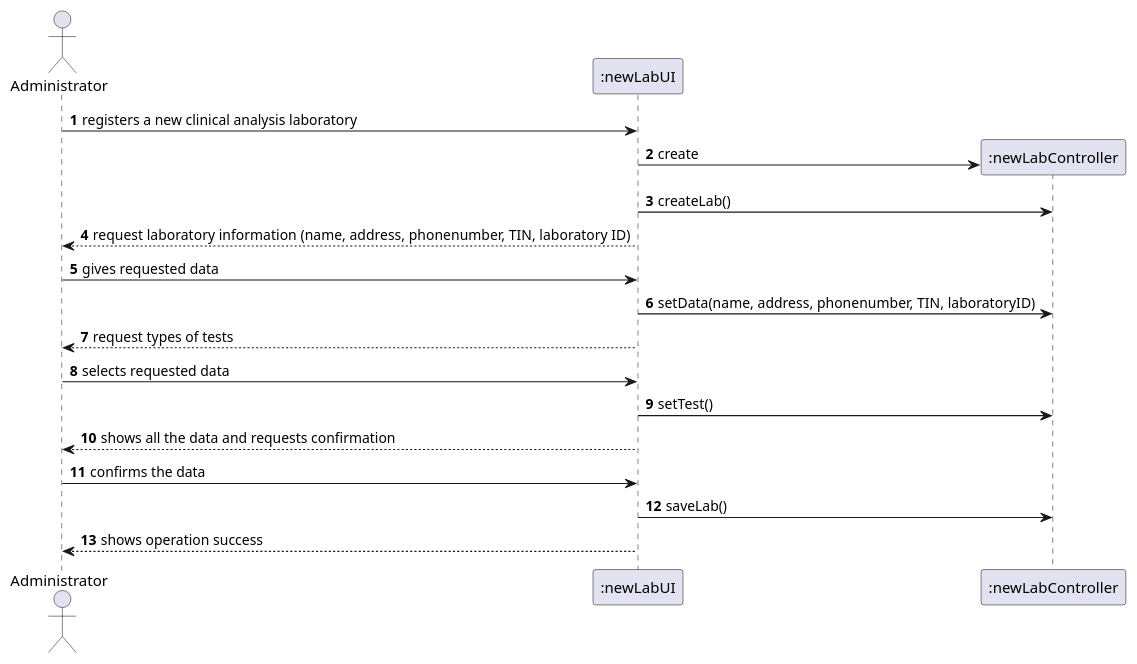
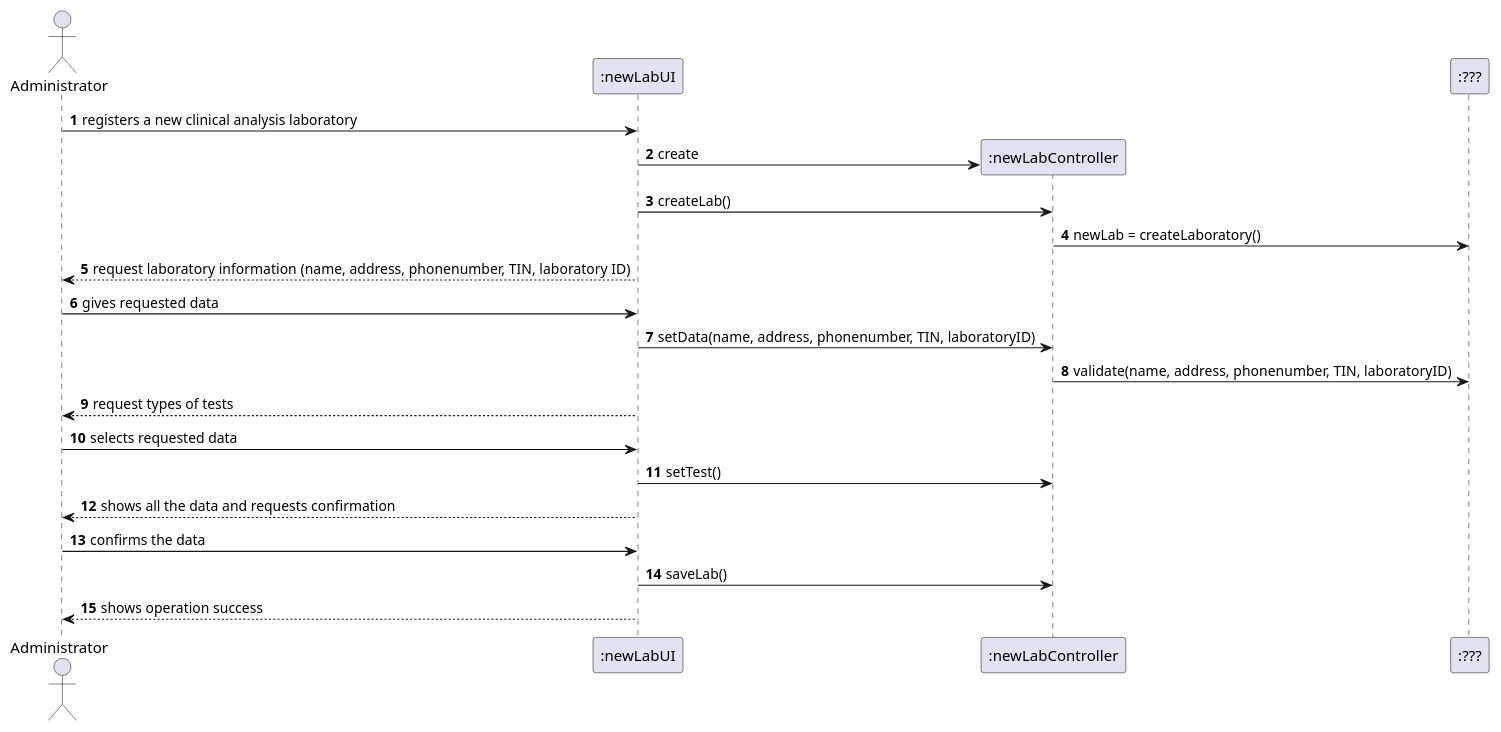
Before and after one commit to MadDinosaur/ISEP-LAPR2: the diagram in docs/SprintB/US8/US8_SD.puml, drawn with PlantUML. The commit also changed 1 other file, not shown here.

```diff
--- a/docs/SprintB/US8/US8_SD.puml
+++ b/docs/SprintB/US8/US8_SD.puml
@@ -1,22 +1,25 @@
 @startuml
 autonumber
 
 actor Administrator as admin
 participant ":newLabUI" as UI
 participant ":newLabController" as controller
+participant ":???" as validate
 
 admin -> UI : registers a new clinical analysis laboratory
 create controller
 UI -> controller : create
 UI -> controller : createLab()
+controller -> validate : newLab = createLaboratory()
 UI --> admin : request laboratory information (name, address, phonenumber, TIN, laboratory ID)
 admin -> UI : gives requested data
 UI -> controller : setData(name, address, phonenumber, TIN, laboratoryID)
+controller -> validate : validate(name, address, phonenumber, TIN, laboratoryID)
 UI --> admin : request types of tests
 admin -> UI : selects requested data
 UI -> controller : setTest()
 UI --> admin : shows all the data and requests confirmation
 admin -> UI : confirms the data
 UI -> controller : saveLab()
 UI --> admin : shows operation success
 @enduml
```
